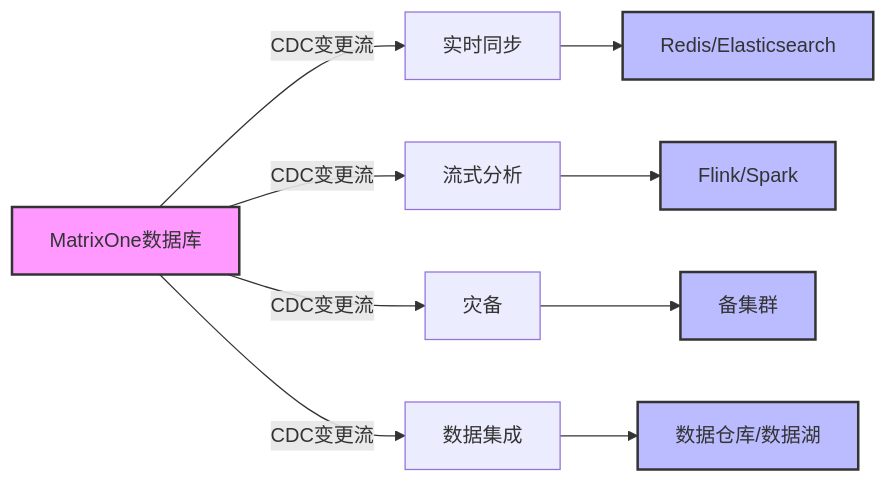
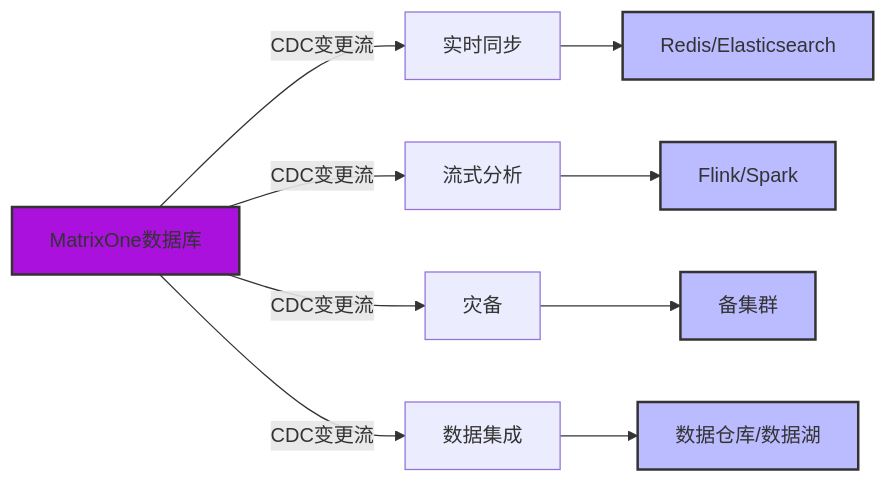
The fourth of 4 diagrams in articles/mo_cdc.md (XuPeng-SH/tae_design), drawn with Mermaid before and after one commit. The commit also changed other lines of this file, not shown here.

````diff
--- a/articles/mo_cdc.md
+++ b/articles/mo_cdc.md
@@ -112,16 +111,16 @@
 ```mermaid
 graph LR
     A[MatrixOne数据库] -->|CDC变更流| B[实时同步]
     A -->|CDC变更流| C[流式分析]
     A -->|CDC变更流| D[灾备]
     A -->|CDC变更流| E[数据集成]
     B --> F[Redis/Elasticsearch]
     C --> G[Flink/Spark]
     D --> H[备集群]
     E --> I[数据仓库/数据湖]
-    style A fill:#f9f,stroke:#333,stroke-width:2px
+    style A fill:#a1d,stroke:#333,stroke-width:2px
     style F fill:#bbf,stroke:#333,stroke-width:2px
     style G fill:#bbf,stroke:#333,stroke-width:2px
     style H fill:#bbf,stroke:#333,stroke-width:2px
     style I fill:#bbf,stroke:#333,stroke-width:2px
 ```
````
